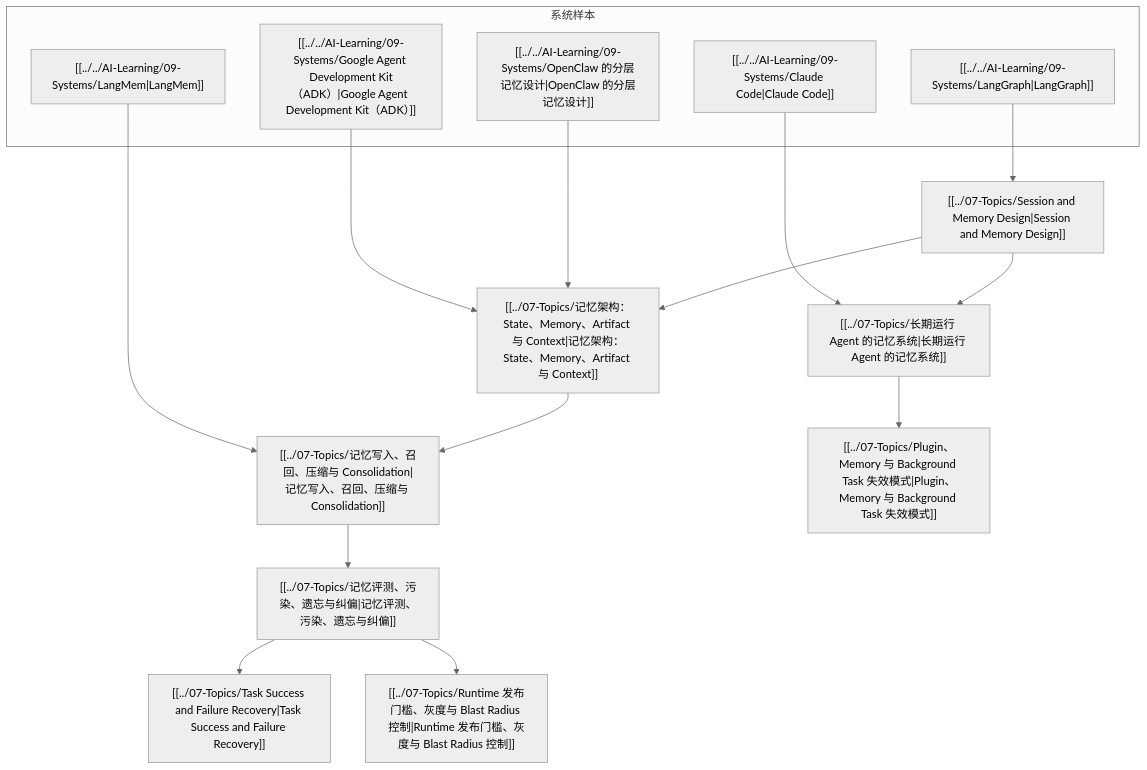
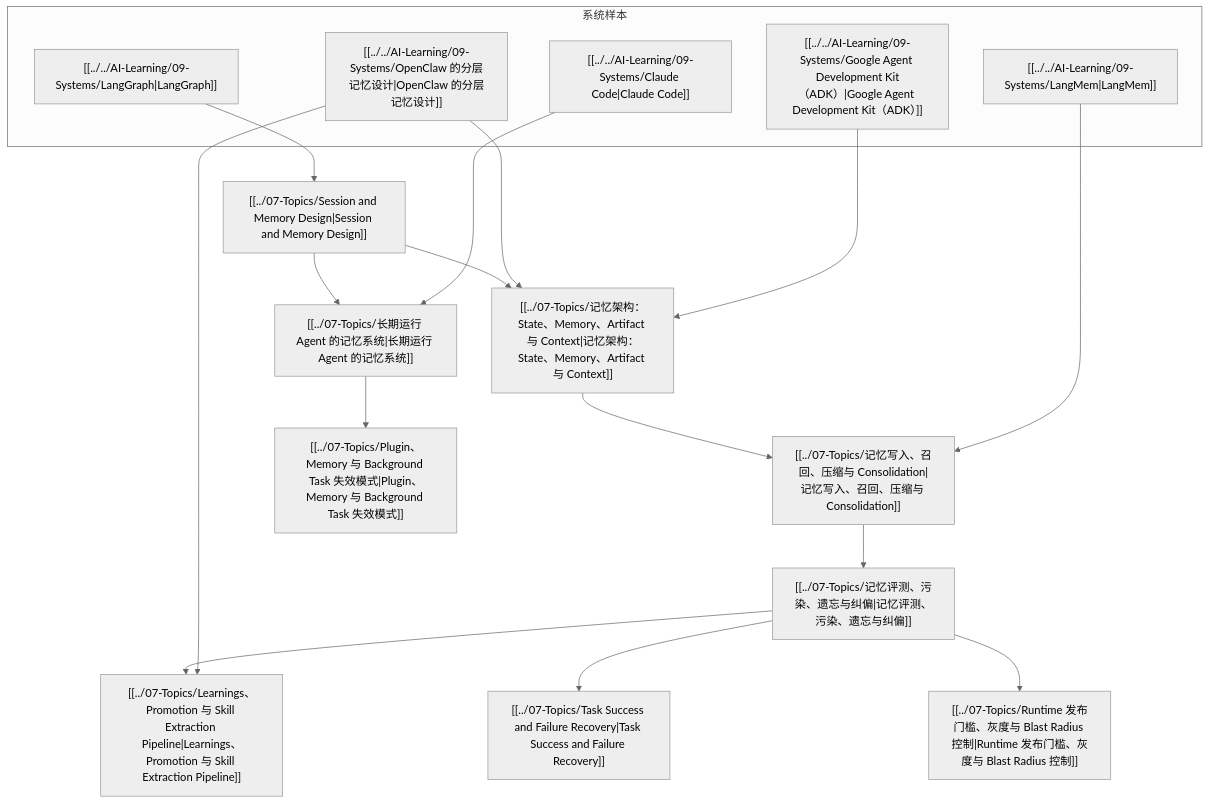
The diagram in 01-Areas/AI-Engineering/08-Maps/AI Memory Engineering Map.md (superliyang/tony-2026), drawn with Mermaid (neutral theme) before and after one commit. The commit also changed other lines of this file and 22 other files, not shown here.

Commit message:
Deepen self-improving memory and skill extraction study

````diff
--- a/01-Areas/AI-Engineering/08-Maps/AI Memory Engineering Map.md
+++ b/01-Areas/AI-Engineering/08-Maps/AI Memory Engineering Map.md
@@ -15,24 +15,26 @@
 ```mermaid
 flowchart TD
   S["[[../07-Topics/Session and Memory Design|Session and Memory Design]]"] --> A["[[../07-Topics/记忆架构：State、Memory、Artifact 与 Context|记忆架构：State、Memory、Artifact 与 Context]]"]
   S --> L["[[../07-Topics/长期运行 Agent 的记忆系统|长期运行 Agent 的记忆系统]]"]
   A --> W["[[../07-Topics/记忆写入、召回、压缩与 Consolidation|记忆写入、召回、压缩与 Consolidation]]"]
   W --> E["[[../07-Topics/记忆评测、污染、遗忘与纠偏|记忆评测、污染、遗忘与纠偏]]"]
+  E --> P["[[../07-Topics/Learnings、Promotion 与 Skill Extraction Pipeline|Learnings、Promotion 与 Skill Extraction Pipeline]]"]
   L --> F["[[../07-Topics/Plugin、Memory 与 Background Task 失效模式|Plugin、Memory 与 Background Task 失效模式]]"]
   E --> R["[[../07-Topics/Task Success and Failure Recovery|Task Success and Failure Recovery]]"]
   E --> G["[[../07-Topics/Runtime 发布门槛、灰度与 Blast Radius 控制|Runtime 发布门槛、灰度与 Blast Radius 控制]]"]
 
   subgraph systems["系统样本"]
     OA["[[../../AI-Learning/09-Systems/OpenClaw 的分层记忆设计|OpenClaw 的分层记忆设计]]"]
     LM["[[../../AI-Learning/09-Systems/LangMem|LangMem]]"]
     LG["[[../../AI-Learning/09-Systems/LangGraph|LangGraph]]"]
     CC["[[../../AI-Learning/09-Systems/Claude Code|Claude Code]]"]
     ADK["[[../../AI-Learning/09-Systems/Google Agent Development Kit（ADK）|Google Agent Development Kit（ADK）]]"]
   end
 
   OA --> A
+  OA --> P
   LM --> W
   LG --> S
   CC --> L
   ADK --> A
 ```
````
